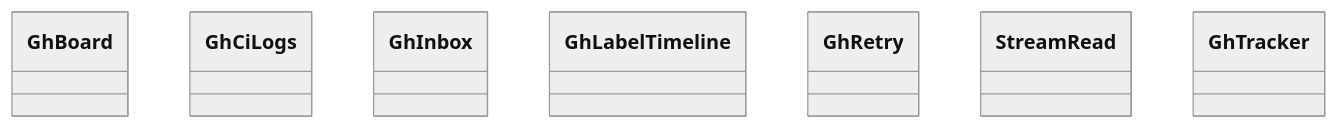
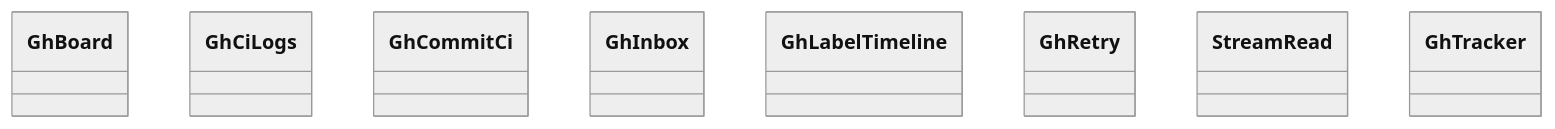
Before and after one commit to GonzaloZevallos/agentic-system: the diagram in docs/architecture/generated/classes-process-adapters-github.md, drawn with Mermaid (neutral theme). The commit also changed 7 other files, not shown here.

````diff
--- a/docs/architecture/generated/classes-process-adapters-github.md
+++ b/docs/architecture/generated/classes-process-adapters-github.md
@@ -11,10 +11,11 @@
 ```mermaid
 classDiagram
     class github__board__GhBoard["GhBoard"]
     class github__ci_logs__GhCiLogs["GhCiLogs"]
+    class github__commit_ci__GhCommitCi["GhCommitCi"]
     class github__inbox__GhInbox["GhInbox"]
     class github__label_timeline__GhLabelTimeline["GhLabelTimeline"]
     class github__run__GhRetry["GhRetry"]
     class github__run__StreamRead["StreamRead"]
     class github__tracker__GhTracker["GhTracker"]
 ```
````
